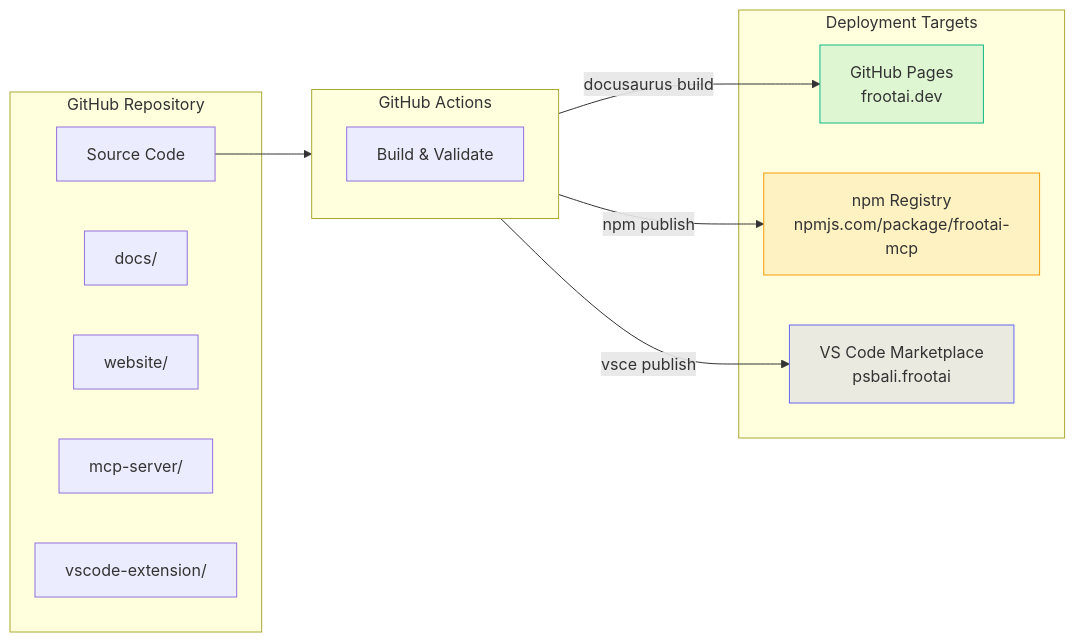
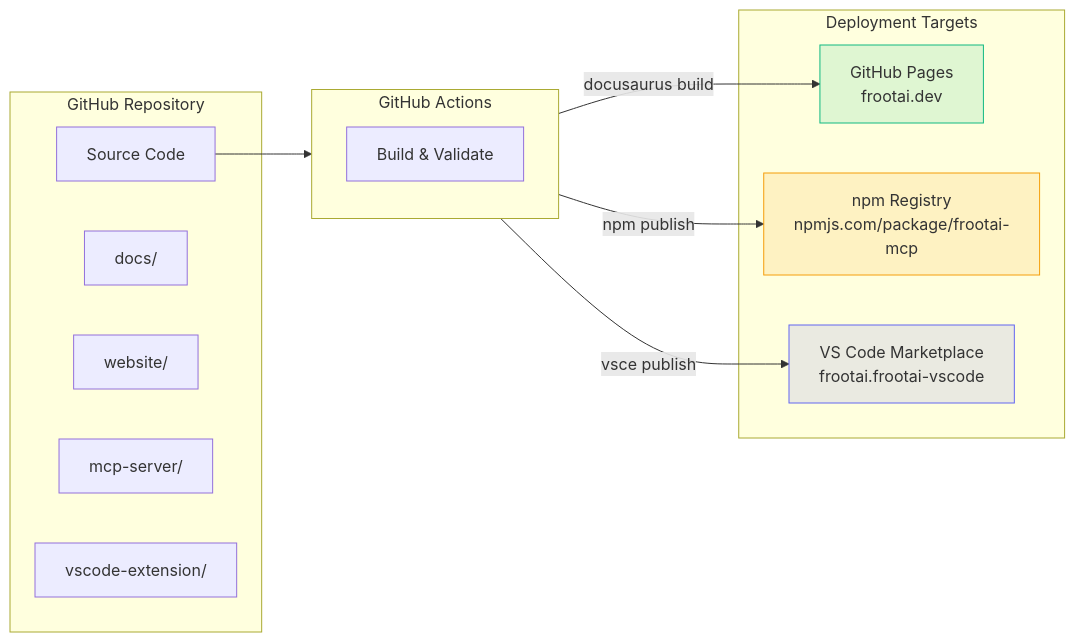
One commit to frootai/frootai changed the eighth of 8 diagrams in docs/architecture-overview.md. Above: the diagram before and after it, drawn with Mermaid. The commit also changed 36 other files, not shown here.

Commit message:
release: publisher=frootai, name=frootai-vscode, extension ID=frootai.frootai-vscode

````diff
--- a/docs/architecture-overview.md
+++ b/docs/architecture-overview.md
@@ -331,29 +331,29 @@
 ```mermaid
 graph LR
     subgraph Source["GitHub Repository"]
         Code["Source Code"]
         Docs2["docs/"]
         Web["website/"]
         MCP2["mcp-server/"]
         Ext["vscode-extension/"]
     end
 
     subgraph CI["GitHub Actions"]
         Build["Build & Validate"]
     end
 
     subgraph Targets["Deployment Targets"]
         GHP["GitHub Pages<br/>frootai.dev"]
         NPM["npm Registry<br/>npmjs.com/package/frootai-mcp"]
-        VSCM["VS Code Marketplace<br/>psbali.frootai"]
+        VSCM["VS Code Marketplace<br/>frootai.frootai-vscode"]
     end
 
     Code --> CI
     CI -->|"docusaurus build"| GHP
     CI -->|"npm publish"| NPM
     CI -->|"vsce publish"| VSCM
 
     style GHP fill:#10b98122,stroke:#10b981
     style NPM fill:#f59e0b22,stroke:#f59e0b
     style VSCM fill:#6366f122,stroke:#6366f1
 ```
````
